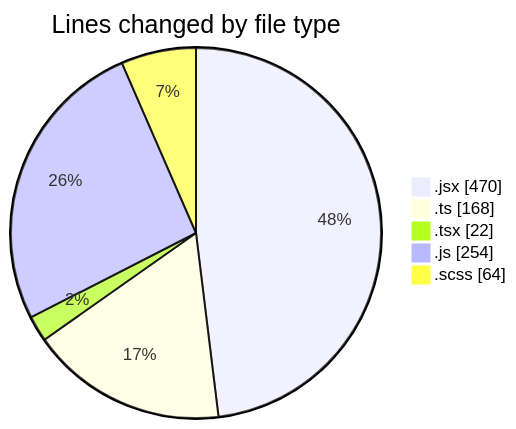
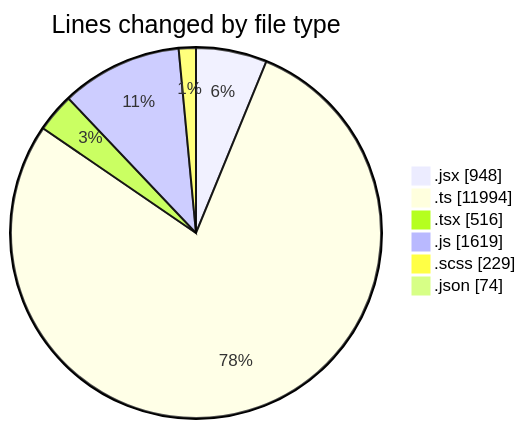
The first of 2 diagrams in 2025-06-05/cda/README.md (momahboobian/code-tracking), drawn with Mermaid before and after one commit. The commit also changed other lines of this file and 1 other file, not shown here.

````diff
--- a/2025-06-05/cda/README.md
+++ b/2025-06-05/cda/README.md
@@ -28,9 +38,10 @@
 ```mermaid
 pie showData
 title Lines changed by file type
-".jsx" : 470
-".ts" : 168
-".tsx" : 22
-".js" : 254
-".scss" : 64
+".jsx" : 948
+".ts" : 11994
+".tsx" : 516
+".js" : 1619
+".scss" : 229
+".json" : 74
 ```
````
